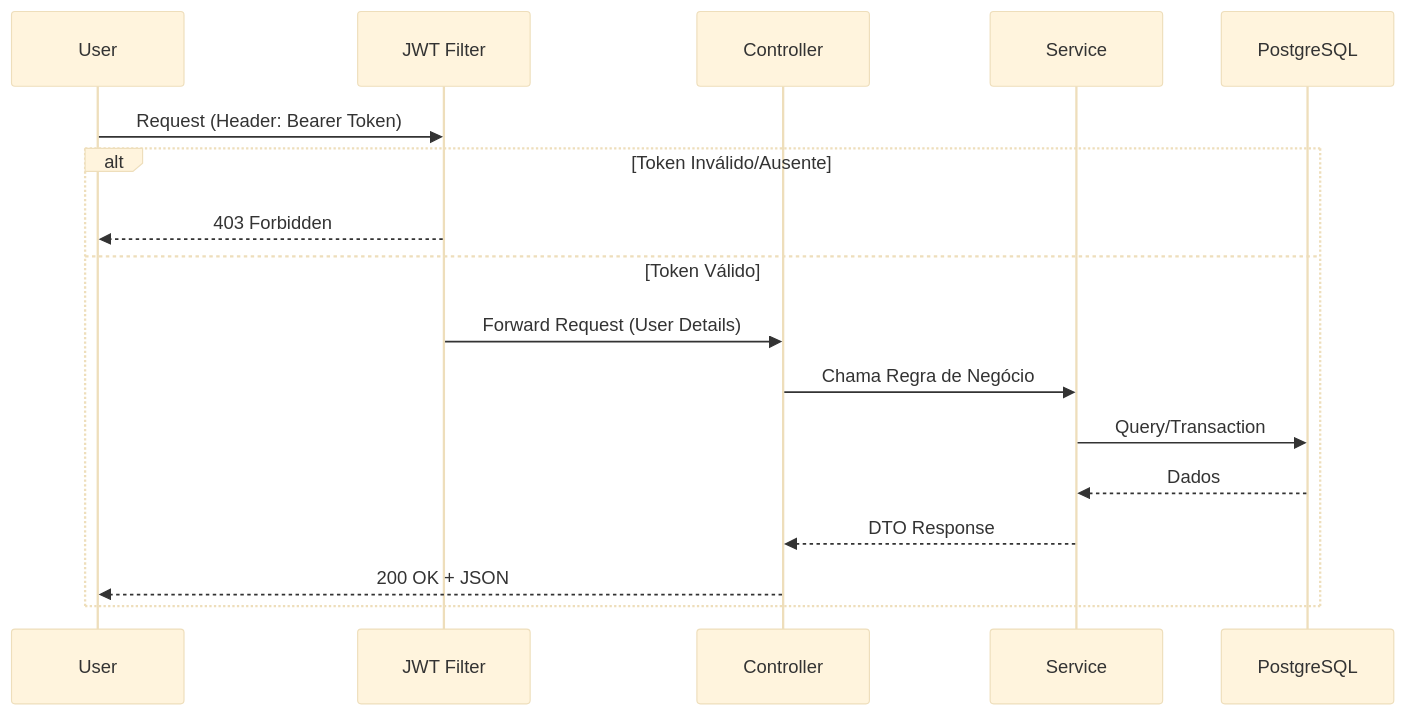
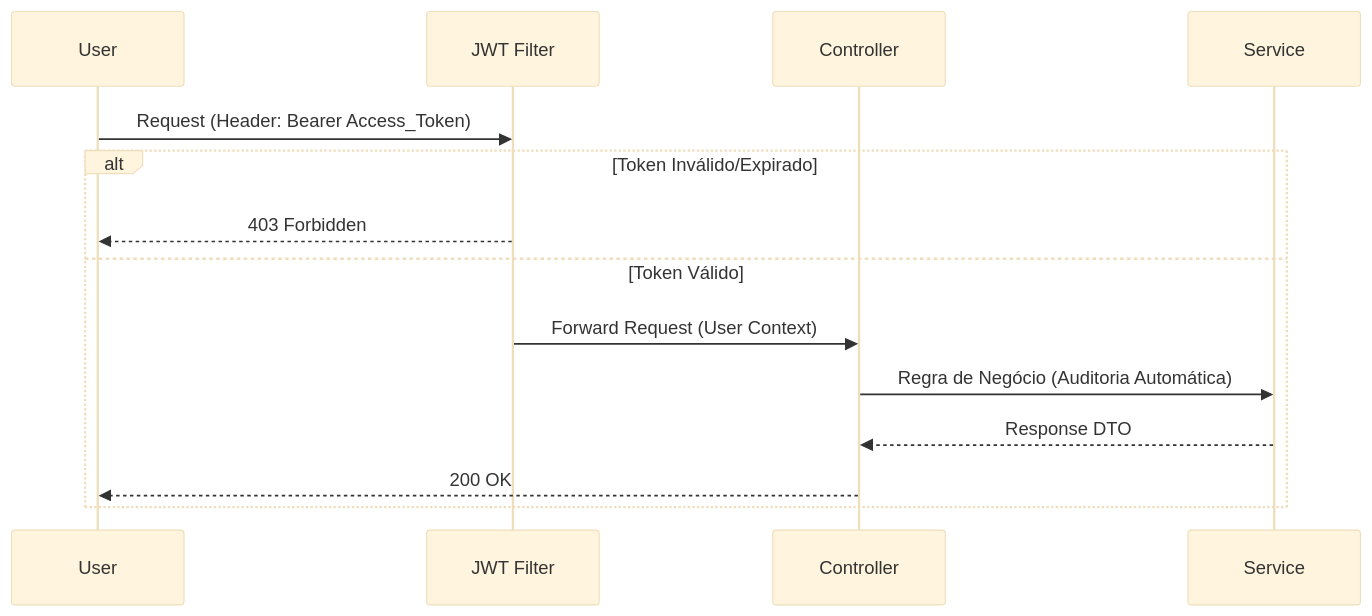
Before and after one commit to murylomarques/enterprise-iam-service: the first of 3 diagrams in README.md, drawn with Mermaid (base theme). The commit also changed other lines of this file, not shown here.

Commit message:
docs: update architecture diagrams for v2.0 features

````diff
--- a/README.md
+++ b/README.md
@@ -21,20 +21,17 @@
 ```mermaid
 sequenceDiagram
     participant User
     participant Filter as JWT Filter
     participant Controller
     participant Service
-    participant DB as PostgreSQL
     
-    User->>Filter: Request (Header: Bearer Token)
-    alt Token Inválido/Ausente
+    User->>Filter: Request (Header: Bearer Access_Token)
+    alt Token Inválido/Expirado
         Filter-->>User: 403 Forbidden
     else Token Válido
-        Filter->>Controller: Forward Request (User Details)
-        Controller->>Service: Chama Regra de Negócio
-        Service->>DB: Query/Transaction
-        DB-->>Service: Dados
-        Service-->>Controller: DTO Response
-        Controller-->>User: 200 OK + JSON
+        Filter->>Controller: Forward Request (User Context)
+        Controller->>Service: Regra de Negócio (Auditoria Automática)
+        Service-->>Controller: Response DTO
+        Controller-->>User: 200 OK
     end
 ```
````
